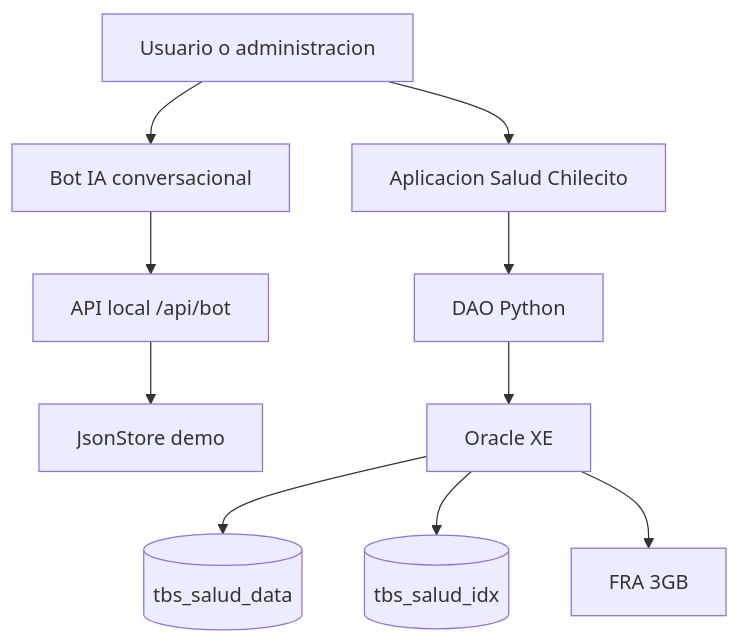
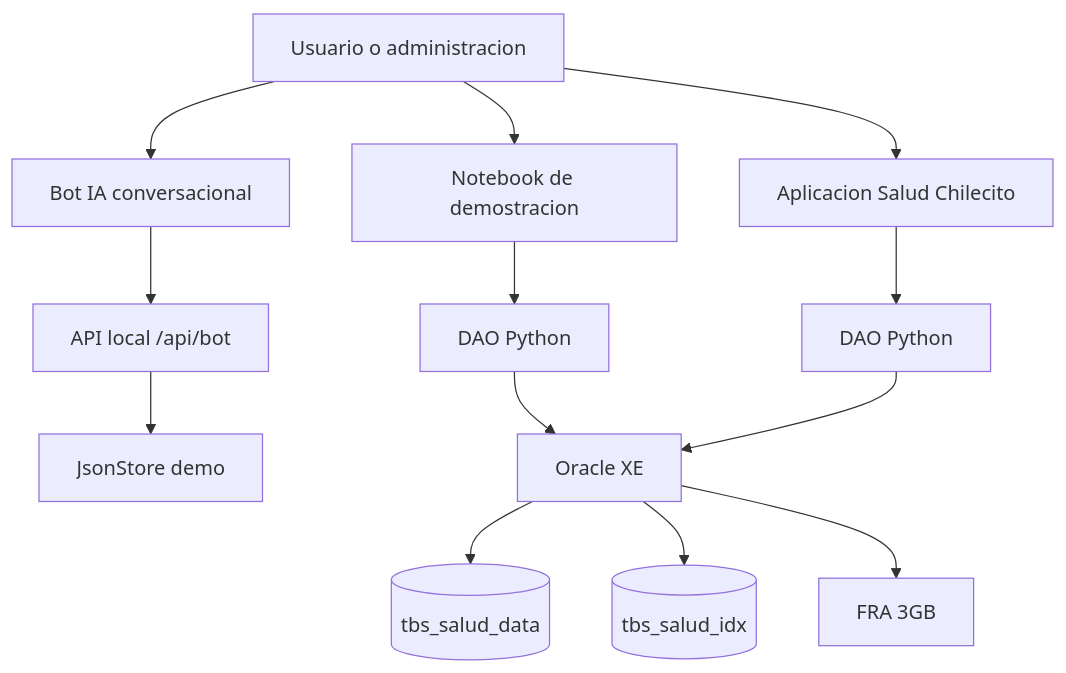
Before and after one commit to davidfajardotorres777/plataforma-salud-chilecito: the diagram in docs/ARQUITECTURA.md, drawn with Mermaid. The commit also changed 11 other files, not shown here.

````diff
--- a/docs/ARQUITECTURA.md
+++ b/docs/ARQUITECTURA.md
@@ -5,12 +5,15 @@
 ```mermaid
 flowchart TD
     A[Usuario o administracion] --> B[Aplicacion Salud Chilecito]
     A --> H[Bot IA conversacional]
+    A --> K[Notebook de demostracion]
     H --> I[API local /api/bot]
     I --> J[JsonStore demo]
+    K --> L[DAO Python]
+    L --> D
     B --> C[DAO Python]
     C --> D[Oracle XE]
     D --> E[(tbs_salud_data)]
     D --> F[(tbs_salud_idx)]
     D --> G[FRA 3GB]
 ```
````
